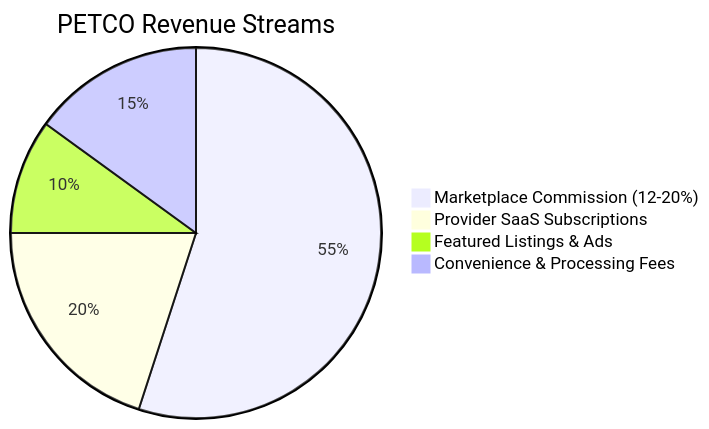
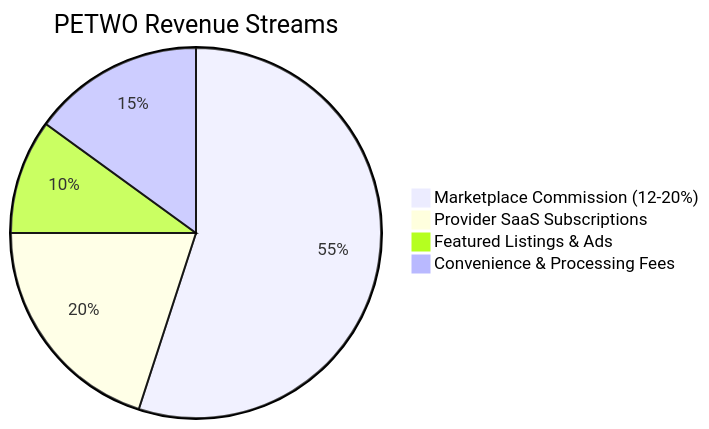
One commit to bathi2389-code/petwo changed the third of 4 diagrams in docs/OVERVIEW.md. Above: the diagram before and after it, drawn with Mermaid. The commit also changed other lines of this file and 105 other files, not shown here.

Commit message:
feat(branding): rename entire platform from PETCO to PETWO across all apps, packages, and docs

````diff
--- a/docs/OVERVIEW.md
+++ b/docs/OVERVIEW.md
@@ -151,7 +151,7 @@
 ```mermaid
-pie title PETCO Revenue Streams
+pie title PETWO Revenue Streams
     "Marketplace Commission (12-20%)" : 55
     "Provider SaaS Subscriptions" : 20
     "Featured Listings & Ads" : 10
     "Convenience & Processing Fees" : 15
 ```
````
